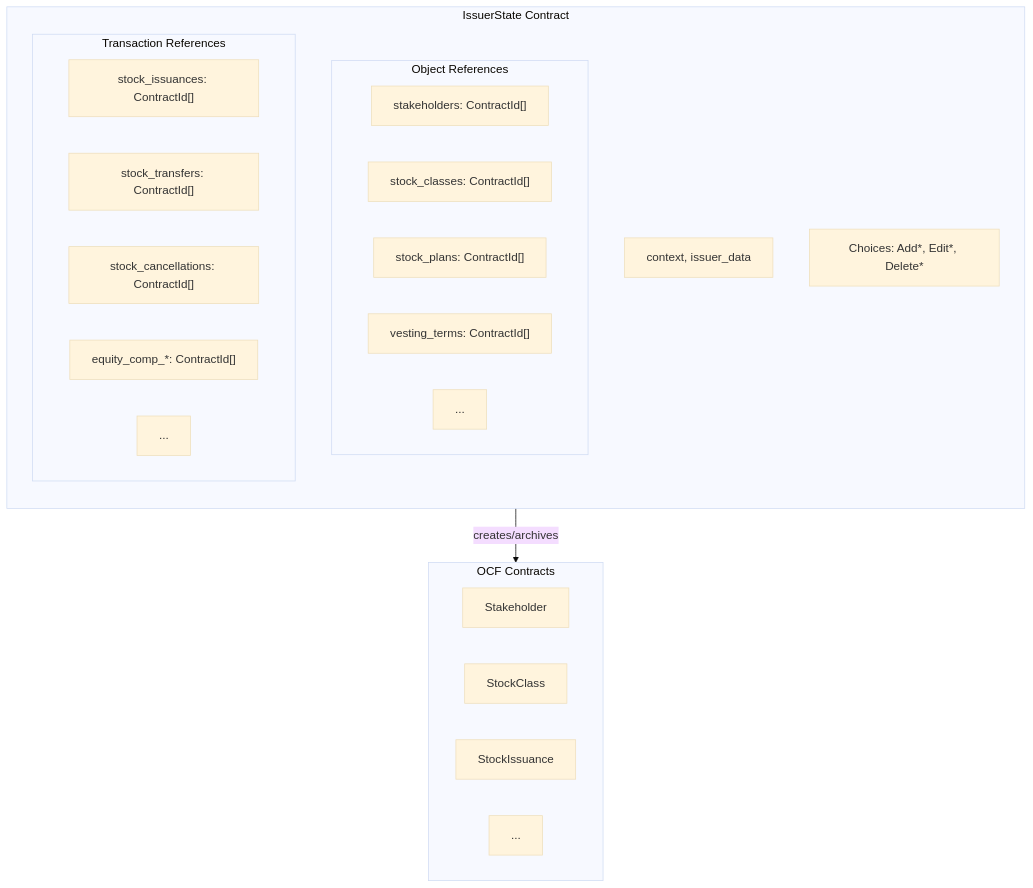
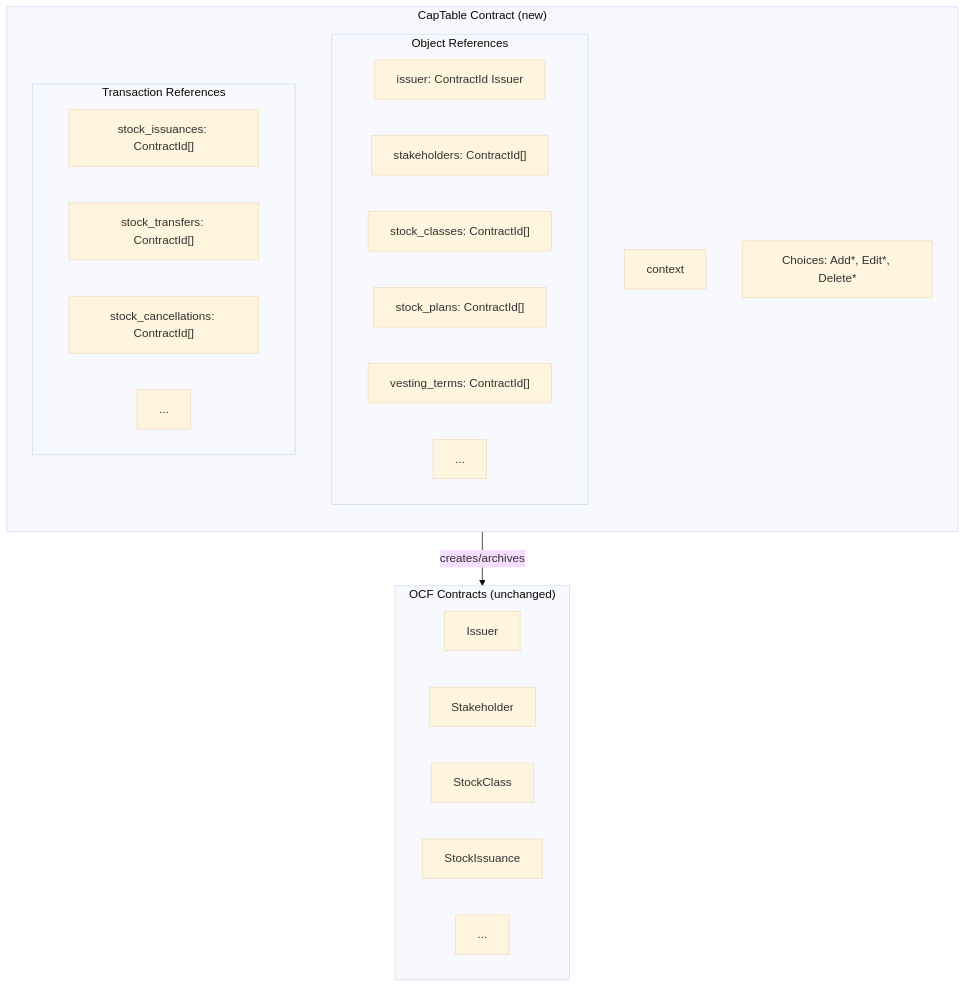
One commit to Fairmint/open-captable-protocol-daml changed the diagram in docs/adr/002-stateful-issuer-with-position-tracking.md. Above: the diagram before and after it, drawn with Mermaid (base theme). The commit also changed other lines of this file, not shown here.

First line of the commit message:
docs: introduce CapTable as separate container from Issuer

````diff
--- a/docs/adr/002-stateful-issuer-with-position-tracking.md
+++ b/docs/adr/002-stateful-issuer-with-position-tracking.md
@@ -49,34 +47,35 @@
 ```mermaid
 graph TB
-    subgraph IssuerState["IssuerState Contract"]
+    subgraph CapTable["CapTable Contract (new)"]
         direction TB
-        Meta["context, issuer_data"]
+        Meta["context"]
 
         subgraph Objects["Object References"]
+            O0["issuer: ContractId Issuer"]
             O1["stakeholders: ContractId[]"]
             O2["stock_classes: ContractId[]"]
             O3["stock_plans: ContractId[]"]
             O4["vesting_terms: ContractId[]"]
             O5["..."]
         end
 
         subgraph Transactions["Transaction References"]
             T1["stock_issuances: ContractId[]"]
             T2["stock_transfers: ContractId[]"]
             T3["stock_cancellations: ContractId[]"]
-            T4["equity_comp_*: ContractId[]"]
-            T5["..."]
+            T4["..."]
         end
 
         Choices["Choices: Add*, Edit*, Delete*"]
     end
 
-    IssuerState -->|creates/archives| OCF["OCF Object Contracts"]
+    CapTable -->|creates/archives| OCF["OCF Object Contracts"]
 
-    subgraph OCF["OCF Contracts"]
+    subgraph OCF["OCF Contracts (unchanged)"]
+        C0[Issuer]
         C1[Stakeholder]
         C2[StockClass]
         C3[StockIssuance]
         C4[...]
     end
 ```
````
